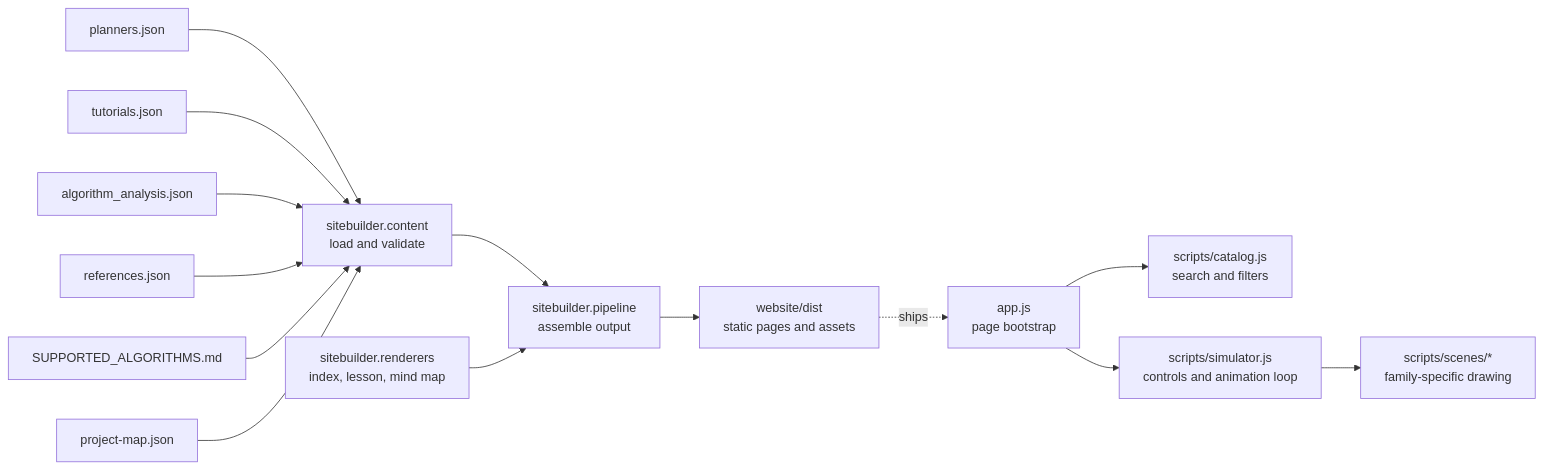
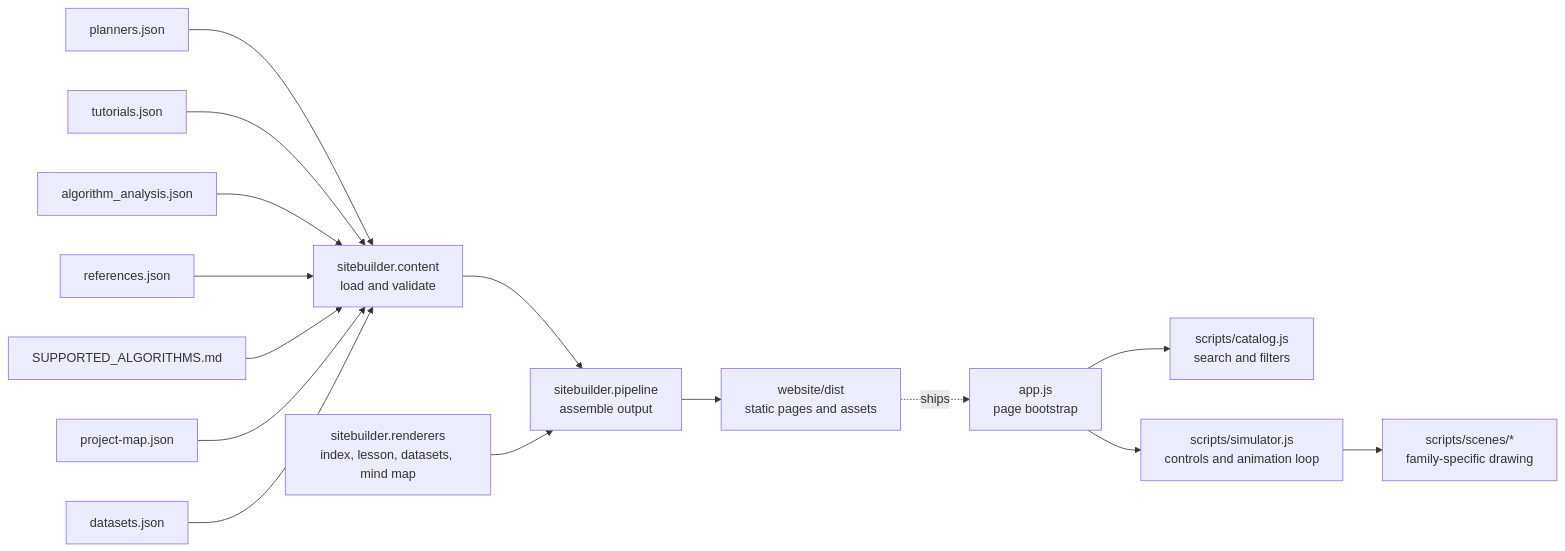
Before and after one commit to damminhtien/pathplanning: the diagram in website/ARCHITECTURE.md, drawn with Mermaid. The commit also changed other lines of this file and 10 other files, not shown here.

````diff
--- a/website/ARCHITECTURE.md
+++ b/website/ARCHITECTURE.md
@@ -5,31 +5,33 @@
 ```mermaid
 flowchart LR
   PlannerData[planners.json]
   TutorialData[tutorials.json]
   AnalysisData[algorithm_analysis.json]
   References[references.json]
   Registry[SUPPORTED_ALGORITHMS.md]
   MapData[project-map.json]
+  DatasetData[datasets.json]
   Content[sitebuilder.content\nload and validate]
   Build[sitebuilder.pipeline\nassemble output]
-  PageRenderers[sitebuilder.renderers\nindex, lesson, mind map]
+  PageRenderers[sitebuilder.renderers\nindex, lesson, datasets, mind map]
   Dist[website/dist\nstatic pages and assets]
   Browser[app.js\npage bootstrap]
   Catalog[scripts/catalog.js\nsearch and filters]
   Simulator[scripts/simulator.js\ncontrols and animation loop]
   Scenes[scripts/scenes/*\nfamily-specific drawing]
 
   PlannerData --> Content
   TutorialData --> Content
   AnalysisData --> Content
   References --> Content
   Registry --> Content
   MapData --> Content
+  DatasetData --> Content
   Content --> Build
   PageRenderers --> Build
   Build --> Dist
   Browser --> Catalog
   Browser --> Simulator
   Simulator --> Scenes
   Dist -. ships .-> Browser
 ```
````
